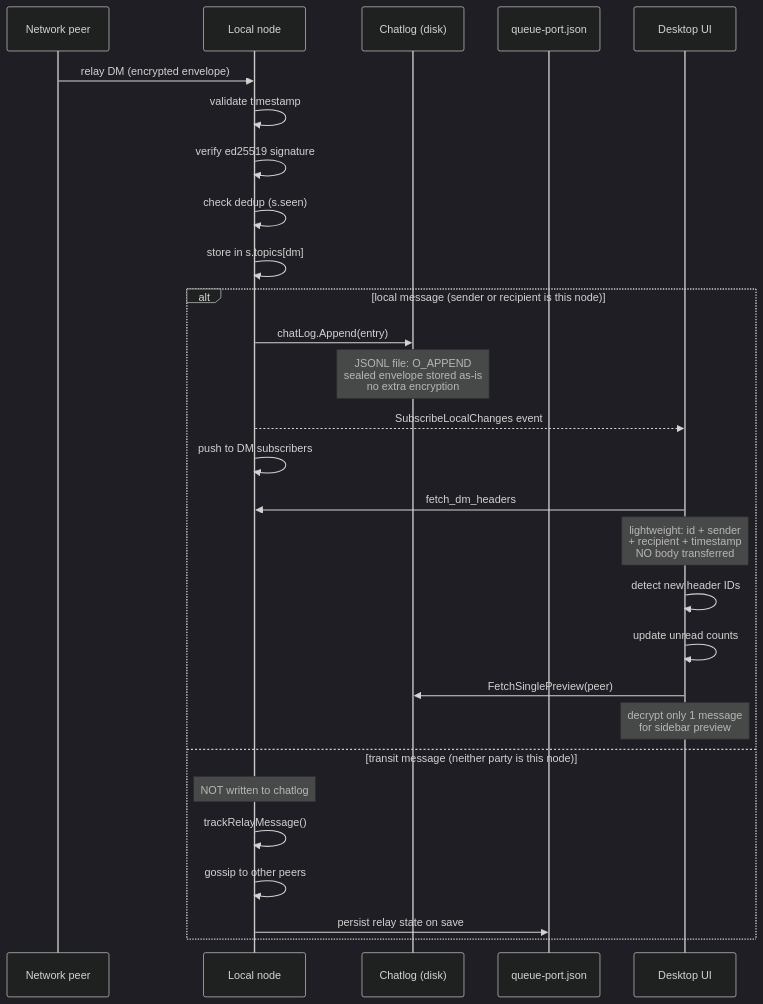
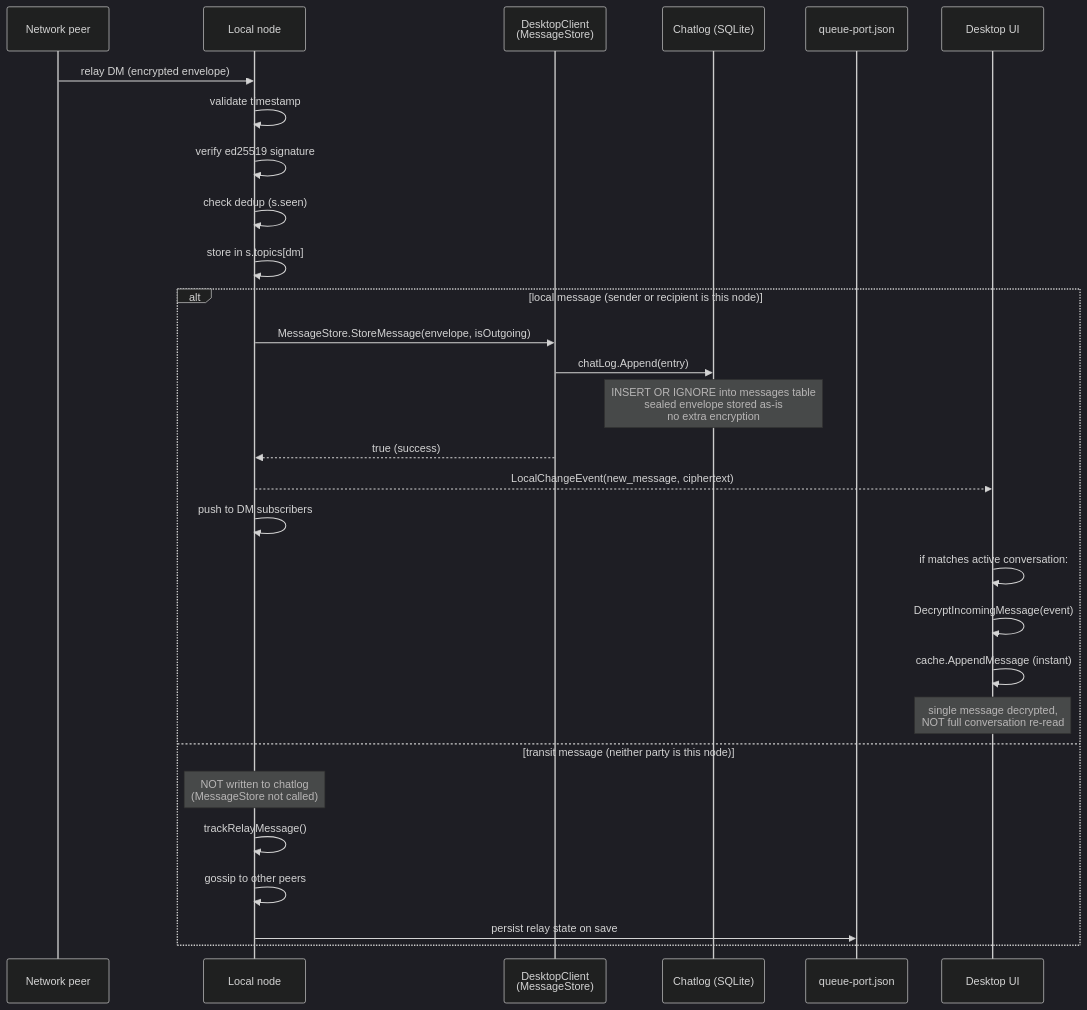
Before and after one commit to piratecash/corsa: the third of 16 diagrams in docs/chatlog.md, drawn with Mermaid (dark theme). The commit also changed other lines of this file and 35 other files, not shown here.

First line of the commit message:
feat(service): extract DMRouter, migrate chatlog to SQLite, add structured logging

````diff
--- a/docs/chatlog.md
+++ b/docs/chatlog.md
@@ -69,31 +78,32 @@
 ```mermaid
 sequenceDiagram
     participant NET as Network peer
     participant NODE as Local node
-    participant LOG as Chatlog (disk)
+    participant SVC as DesktopClient<br/>(MessageStore)
+    participant LOG as Chatlog (SQLite)
     participant QUEUE as queue-port.json
     participant UI as Desktop UI
 
     NET->>NODE: relay DM (encrypted envelope)
     NODE->>NODE: validate timestamp
     NODE->>NODE: verify ed25519 signature
     NODE->>NODE: check dedup (s.seen)
     NODE->>NODE: store in s.topics[dm]
     alt local message (sender or recipient is this node)
-        NODE->>LOG: chatLog.Append(entry)
-        Note over LOG: JSONL file: O_APPEND<br/>sealed envelope stored as-is<br/>no extra encryption
-        NODE-->>UI: SubscribeLocalChanges event
+        NODE->>SVC: MessageStore.StoreMessage(envelope, isOutgoing)
+        SVC->>LOG: chatLog.Append(entry)
+        Note over LOG: INSERT OR IGNORE into messages table<br/>sealed envelope stored as-is<br/>no extra encryption
+        SVC-->>NODE: true (success)
+        NODE-->>UI: LocalChangeEvent(new_message, ciphertext)
         NODE->>NODE: push to DM subscribers
-        UI->>NODE: fetch_dm_headers
-        Note over UI: lightweight: id + sender<br/>+ recipient + timestamp<br/>NO body transferred
-        UI->>UI: detect new header IDs
-        UI->>UI: update unread counts
-        UI->>LOG: FetchSinglePreview(peer)
-        Note over UI: decrypt only 1 message<br/>for sidebar preview
+        UI->>UI: if matches active conversation:
+        UI->>UI:   DecryptIncomingMessage(event)
+        UI->>UI:   cache.AppendMessage (instant)
+        Note over UI: single message decrypted,<br/>NOT full conversation re-read
     else transit message (neither party is this node)
-        Note over NODE: NOT written to chatlog
+        Note over NODE: NOT written to chatlog<br/>(MessageStore not called)
         NODE->>NODE: trackRelayMessage()
         NODE->>NODE: gossip to other peers
         NODE->>QUEUE: persist relay state on save
     end
 ```
````
